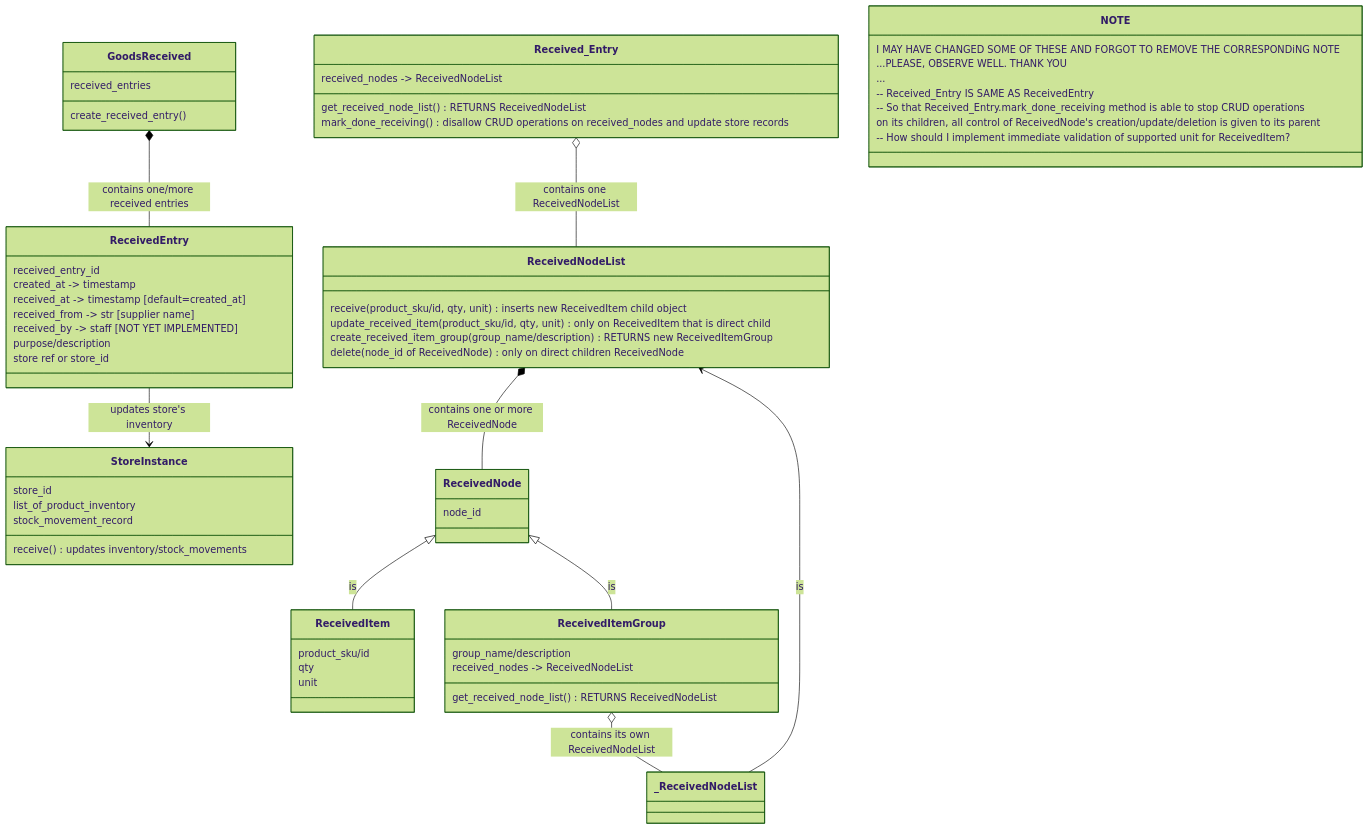
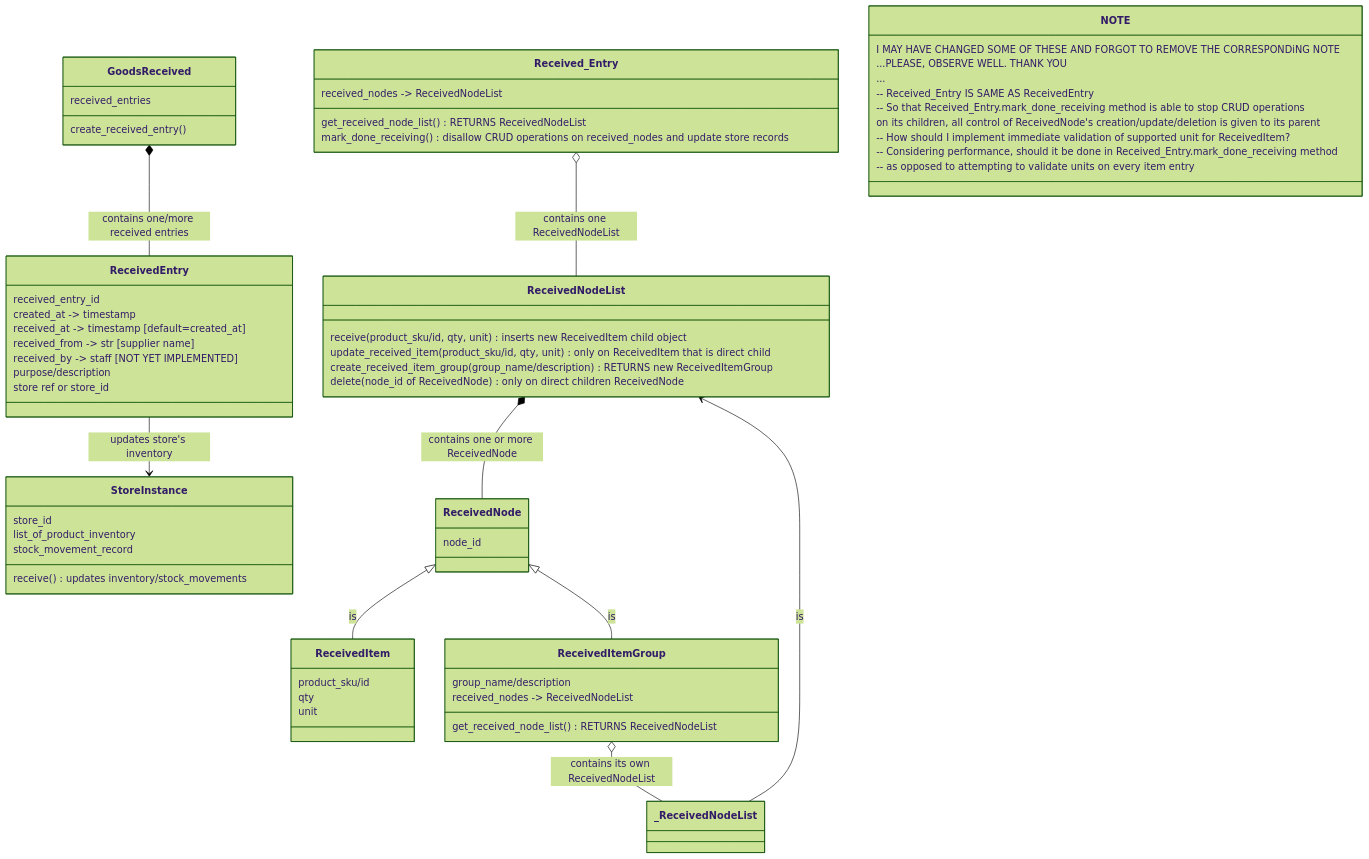
The diagram in docs/design_brainstorm_1.md (themanprince/mnlsir), drawn with Mermaid (forest theme) before and after one commit.

Commit message:
little here and there

````diff
--- a/docs/design_brainstorm_1.md
+++ b/docs/design_brainstorm_1.md
@@ -10,73 +10,75 @@
 ```mermaid
 
 classDiagram
     
     GoodsReceived *-- ReceivedEntry: contains one/more received entries
     
     ReceivedEntry --> StoreInstance: updates store's inventory
     
     Received_Entry o-- ReceivedNodeList: contains one ReceivedNodeList
     ReceivedNodeList *-- ReceivedNode: contains one or more ReceivedNode
     
     ReceivedNode <|-- ReceivedItem: is
     ReceivedNode <|-- ReceivedItemGroup: is 
     
     ReceivedItemGroup o-- _ReceivedNodeList: contains its own ReceivedNodeList
     _ReceivedNodeList --> ReceivedNodeList: is
     
    
    GoodsReceived: create_received_entry()
    GoodsReceived: received_entries
     
     ReceivedEntry: received_entry_id
     ReceivedEntry: created_at -> timestamp
     ReceivedEntry: received_at -> timestamp [default=created_at]
     ReceivedEntry: received_from -> str [supplier name]
     ReceivedEntry: received_by -> staff [NOT YET IMPLEMENTED]
     ReceivedEntry: purpose/description
     ReceivedEntry: store ref or store_id
     
     
     StoreInstance: store_id
     StoreInstance:  list_of_product_inventory
     StoreInstance: stock_movement_record
     StoreInstance: receive() updates inventory/stock_movements
         
     
     
     Received_Entry: received_nodes -> ReceivedNodeList
     Received_Entry: get_received_node_list() RETURNS ReceivedNodeList
     Received_Entry: mark_done_receiving() disallow CRUD operations on received_nodes and update store records
     
     
     
     ReceivedNodeList: receive(product_sku/id, qty, unit) inserts new ReceivedItem child object
     ReceivedNodeList: update_received_item(product_sku/id, qty, unit) only on ReceivedItem that is direct child
     ReceivedNodeList: create_received_item_group(group_name/description) RETURNS new ReceivedItemGroup
     ReceivedNodeList: delete(node_id of ReceivedNode) only on direct children ReceivedNode
      
      
     ReceivedNode: node_id
      
      
     ReceivedItem: product_sku/id
     ReceivedItem: qty
     ReceivedItem: unit
      
     
     ReceivedItemGroup: group_name/description
     ReceivedItemGroup: received_nodes -> ReceivedNodeList
     ReceivedItemGroup: get_received_node_list() RETURNS ReceivedNodeList
     
     
     
     
     NOTE: I MAY HAVE CHANGED SOME OF THESE AND FORGOT TO REMOVE THE CORRESPONDiNG NOTE
     NOTE: ...PLEASE, OBSERVE WELL. THANK YOU
     NOTE: ...
     NOTE: -- Received_Entry IS SAME AS ReceivedEntry
     NOTE: -- So that Received_Entry.mark_done_receiving method is able to stop CRUD operations
     NOTE: on its children, all control of ReceivedNode's creation/update/deletion is given to its parent
     NOTE: -- How should I implement immediate validation of supported unit for ReceivedItem?
+    NOTE: -- Considering performance, should it be done in Received_Entry.mark_done_receiving method
+    NOTE: -- as opposed to attempting to validate units on every item entry
 
 ```
````
